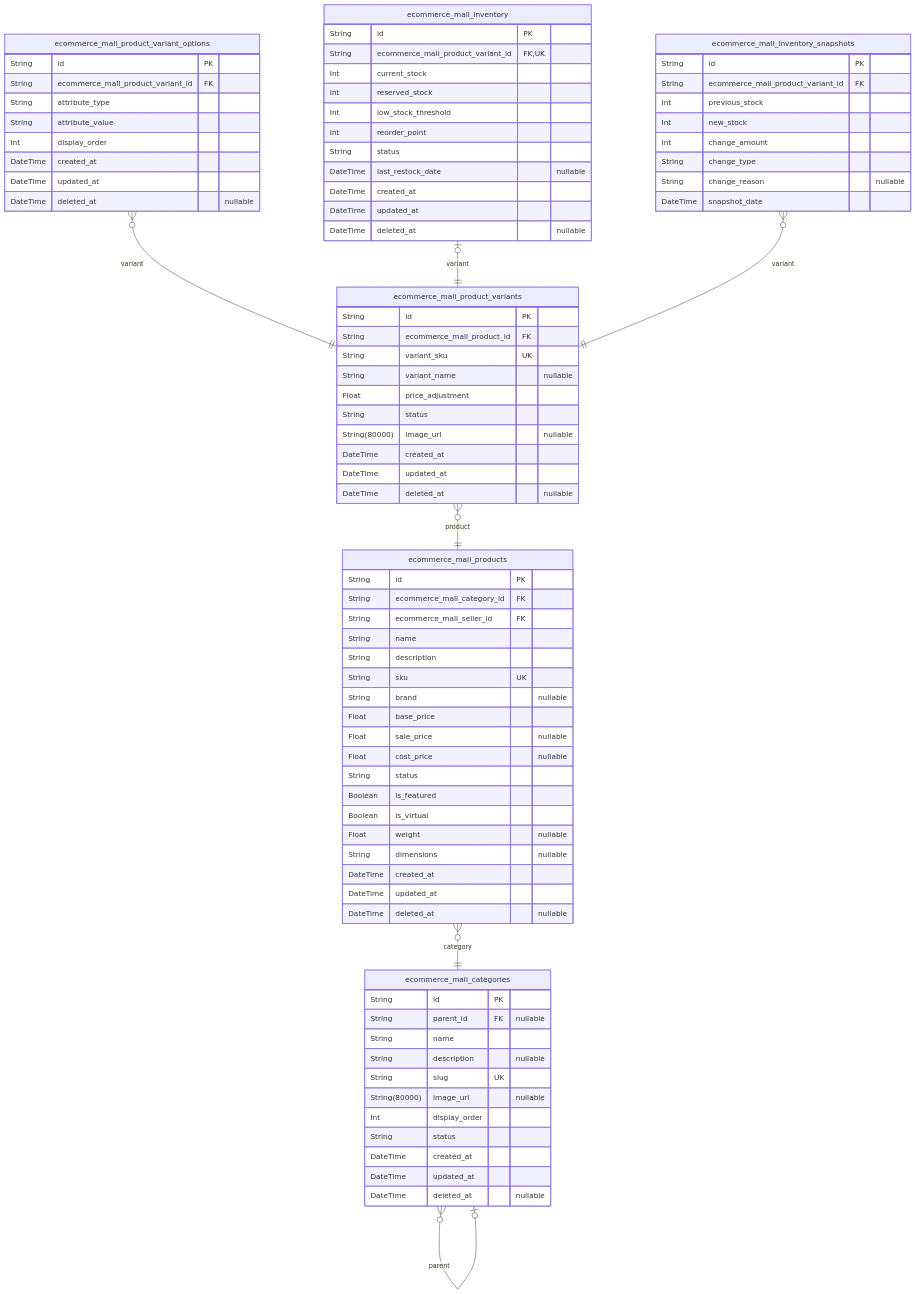
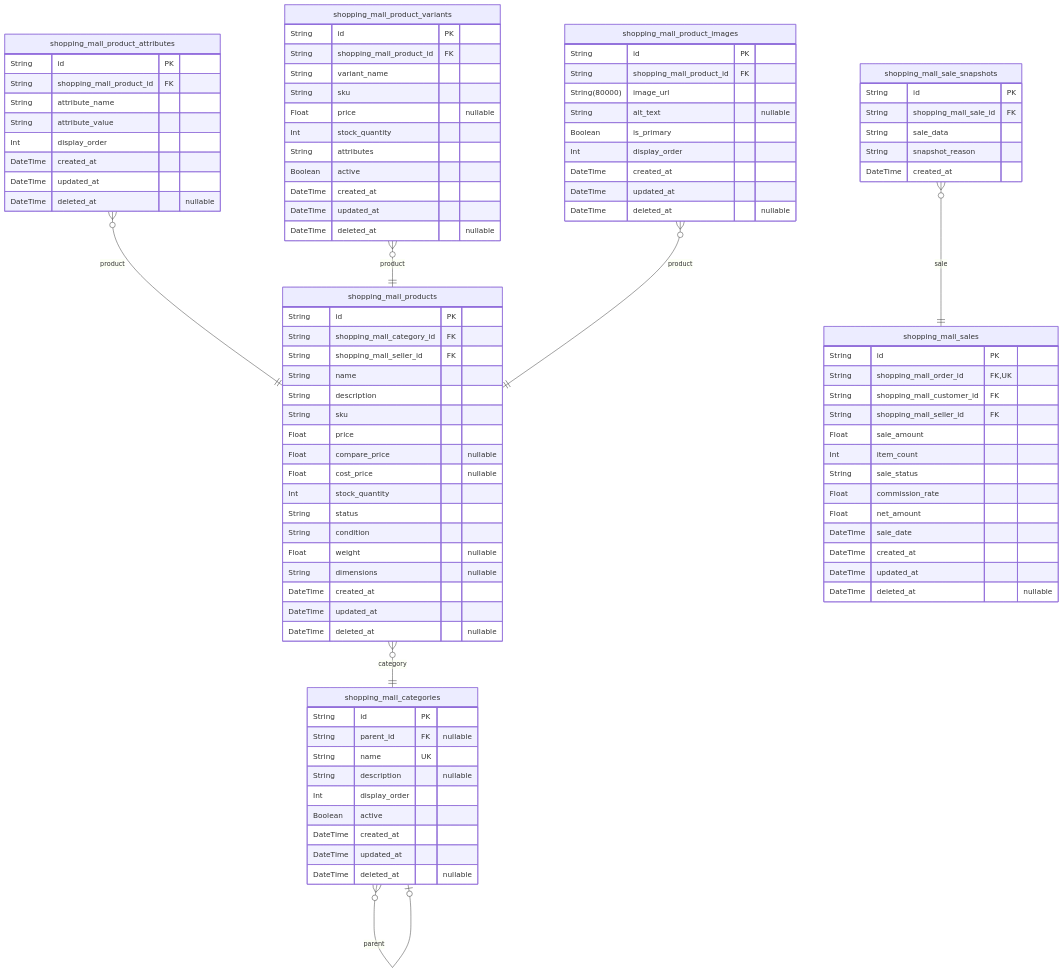
The third of 10 diagrams in deepseek/deepseek-v3.1-terminus-exacto/shopping/docs/ERD.md (wrtnlabs/autobe-examples), drawn with Mermaid before and after one commit. The commit also changed other lines of this file and 7173 other files, not shown here.

````diff
--- a/deepseek/deepseek-v3.1-terminus-exacto/shopping/docs/ERD.md
+++ b/deepseek/deepseek-v3.1-terminus-exacto/shopping/docs/ERD.md
@@ -648,87 +485,95 @@
 ```mermaid
 erDiagram
-"ecommerce_mall_categories" {
+"shopping_mall_categories" {
   String id PK
   String parent_id FK "nullable"
-  String name
+  String name UK
   String description "nullable"
-  String slug UK
-  String(80000) image_url "nullable"
   Int display_order
-  String status
+  Boolean active
   DateTime created_at
   DateTime updated_at
   DateTime deleted_at "nullable"
 }
-"ecommerce_mall_products" {
+"shopping_mall_products" {
   String id PK
-  String ecommerce_mall_category_id FK
-  String ecommerce_mall_seller_id FK
+  String shopping_mall_category_id FK
+  String shopping_mall_seller_id FK
   String name
   String description
-  String sku UK
-  String brand "nullable"
-  Float base_price
-  Float sale_price "nullable"
+  String sku
+  Float price
+  Float compare_price "nullable"
   Float cost_price "nullable"
+  Int stock_quantity
   String status
-  Boolean is_featured
-  Boolean is_virtual
+  String condition
   Float weight "nullable"
   String dimensions "nullable"
   DateTime created_at
   DateTime updated_at
   DateTime deleted_at "nullable"
 }
-"ecommerce_mall_product_variants" {
+"shopping_mall_product_attributes" {
   String id PK
-  String ecommerce_mall_product_id FK
-  String variant_sku UK
-  String variant_name "nullable"
-  Float price_adjustment
-  String status
-  String(80000) image_url "nullable"
-  DateTime created_at
-  DateTime updated_at
-  DateTime deleted_at "nullable"
-}
-"ecommerce_mall_product_variant_options" {
-  String id PK
-  String ecommerce_mall_product_variant_id FK
-  String attribute_type
+  String shopping_mall_product_id FK
+  String attribute_name
   String attribute_value
   Int display_order
   DateTime created_at
   DateTime updated_at
   DateTime deleted_at "nullable"
 }
-"ecommerce_mall_inventory" {
+"shopping_mall_product_variants" {
   String id PK
-  String ecommerce_mall_product_variant_id FK,UK
-  Int current_stock
-  Int reserved_stock
-  Int low_stock_threshold
-  Int reorder_point
-  String status
-  DateTime last_restock_date "nullable"
+  String shopping_mall_product_id FK
+  String variant_name
+  String sku
+  Float price "nullable"
+  Int stock_quantity
+  String attributes
+  Boolean active
   DateTime created_at
   DateTime updated_at
   DateTime deleted_at "nullable"
 }
-"ecommerce_mall_inventory_snapshots" {
+"shopping_mall_product_images" {
   String id PK
-  String ecommerce_mall_product_variant_id FK
-  Int previous_stock
-  Int new_stock
-  Int change_amount
-  String change_type
-  String change_reason "nullable"
-  DateTime snapshot_date
+  String shopping_mall_product_id FK
+  String(80000) image_url
+  String alt_text "nullable"
+  Boolean is_primary
+  Int display_order
+  DateTime created_at
+  DateTime updated_at
+  DateTime deleted_at "nullable"
 }
-"ecommerce_mall_categories" }o--o| "ecommerce_mall_categories" : parent
-"ecommerce_mall_products" }o--|| "ecommerce_mall_categories" : category
-"ecommerce_mall_product_variants" }o--|| "ecommerce_mall_products" : product
-"ecommerce_mall_product_variant_options" }o--|| "ecommerce_mall_product_variants" : variant
-"ecommerce_mall_inventory" |o--|| "ecommerce_mall_product_variants" : variant
-"ecommerce_mall_inventory_snapshots" }o--|| "ecommerce_mall_product_variants" : variant
+"shopping_mall_sales" {
+  String id PK
+  String shopping_mall_order_id FK,UK
+  String shopping_mall_customer_id FK
+  String shopping_mall_seller_id FK
+  Float sale_amount
+  Int item_count
+  String sale_status
+  Float commission_rate
+  Float net_amount
+  DateTime sale_date
+  DateTime created_at
+  DateTime updated_at
+  DateTime deleted_at "nullable"
+}
+"shopping_mall_sale_snapshots" {
+  String id PK
+  String shopping_mall_sale_id FK
+  String sale_data
+  String snapshot_reason
+  DateTime created_at
+}
+"shopping_mall_categories" }o--o| "shopping_mall_categories" : parent
+"shopping_mall_products" }o--|| "shopping_mall_categories" : category
+"shopping_mall_product_attributes" }o--|| "shopping_mall_products" : product
+"shopping_mall_product_variants" }o--|| "shopping_mall_products" : product
+"shopping_mall_product_images" }o--|| "shopping_mall_products" : product
+"shopping_mall_sale_snapshots" }o--|| "shopping_mall_sales" : sale
 ```
````
